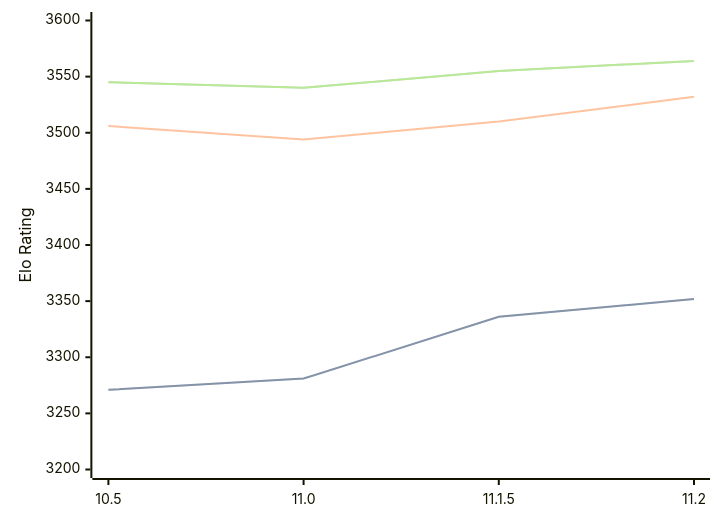
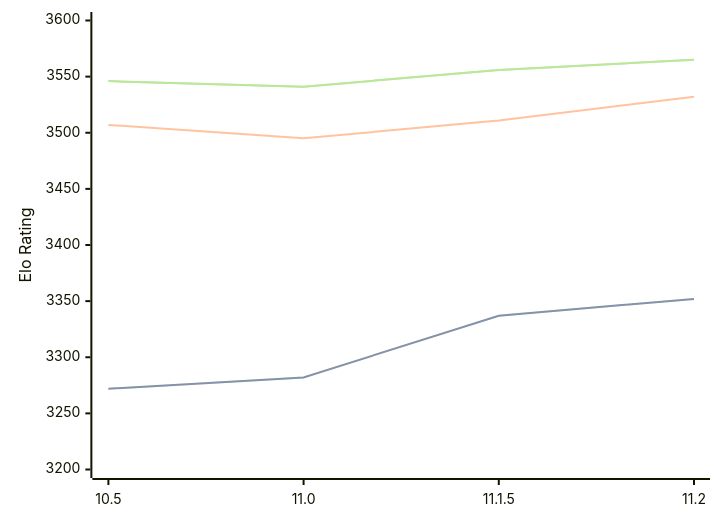
Before and after one commit to computer-chess-index/cci: the diagram in engines/Lizard.md, drawn with Mermaid. The commit also changed other lines of this file, not shown here.

Commit message:
Update CCI Ratings (ELO VLTC) - 2026-05-16

````diff
--- a/engines/Lizard.md
+++ b/engines/Lizard.md
@@ -46,11 +46,11 @@
 ```mermaid
 %%{init: {"theme":"base","themeVariables":{"seriesColors:['#a3a3a3','#222221','#faa371']}}}%%
 xychart-beta
   x-axis ["10.5", "11.0", "11.1.5", "11.2"]
   y-axis "Elo Rating" 3200 --> 3600
-  line "STC (8.0+0.08s)" [3271, 3281, 3336, 3352]
-  line "STC (8.0+0.08s)" [3271, 3281, 3336, 3352]
-  line "LTC (60.0+0.60s)" [3506, 3494, 3510, 3532]
-  line "VLTC (2m24s+1.12s)" [3545, 3540, 3555, 3564]
-  line "VLTC (2m24s+1.12s)" [3545, 3540, 3555, 3564]
+  line "STC (8.0+0.08s)" [3272, 3282, 3337, 3352]
+  line "STC (8.0+0.08s)" [3272, 3282, 3337, 3352]
+  line "LTC (60.0+0.60s)" [3507, 3495, 3511, 3532]
+  line "VLTC (2m24s+1.12s)" [3546, 3541, 3556, 3565]
+  line "VLTC (2m24s+1.12s)" [3546, 3541, 3556, 3565]
 ```
````
